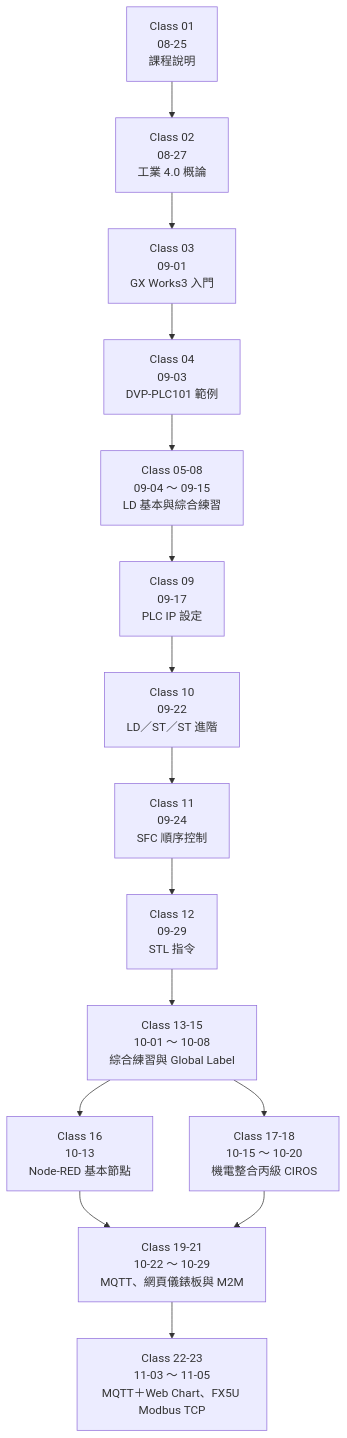
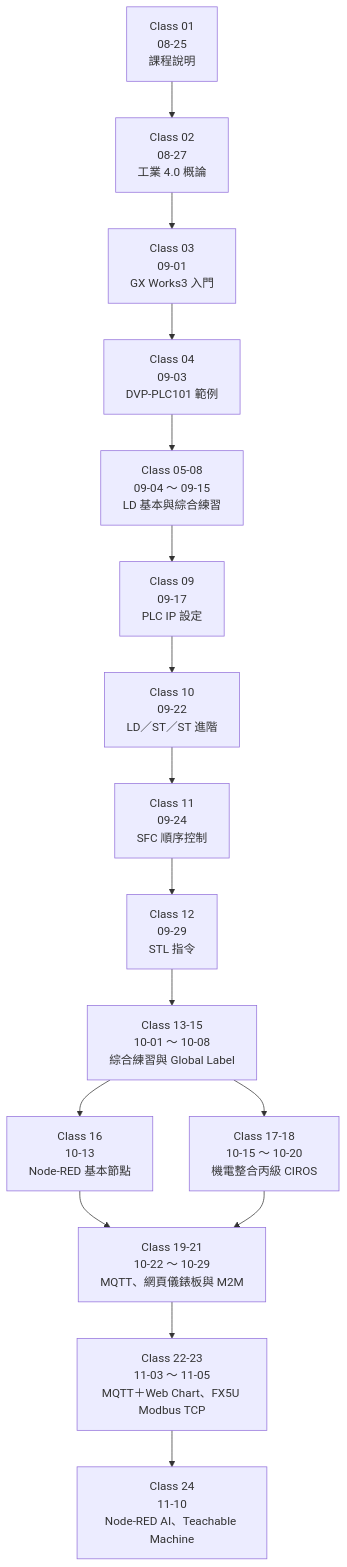
One commit to yd7148/INDUSTRY-4.0 changed the first of 3 diagrams in docs/COURSE-MAP.md. Above: the diagram before and after it, drawn with Mermaid. The commit also changed other lines of this file and 2 other files, not shown here.

First line of the commit message:
Update README, course map and timeline for Class-24

````diff
--- a/docs/COURSE-MAP.md
+++ b/docs/COURSE-MAP.md
@@ -10,17 +10,18 @@
 ```mermaid
 flowchart TD
     A["Class 01<br/>08-25<br/>課程說明"] --> B["Class 02<br/>08-27<br/>工業 4.0 概論"]
     B --> C["Class 03<br/>09-01<br/>GX Works3 入門"]
     C --> D["Class 04<br/>09-03<br/>DVP-PLC101 範例"]
     D --> E["Class 05-08<br/>09-04 ～ 09-15<br/>LD 基本與綜合練習"]
     E --> F["Class 09<br/>09-17<br/>PLC IP 設定"]
     F --> G["Class 10<br/>09-22<br/>LD／ST／ST 進階"]
     G --> H["Class 11<br/>09-24<br/>SFC 順序控制"]
     H --> I["Class 12<br/>09-29<br/>STL 指令"]
     I --> J["Class 13-15<br/>10-01 ～ 10-08<br/>綜合練習與 Global Label"]
     J --> K["Class 16<br/>10-13<br/>Node-RED 基本節點"]
     J --> L["Class 17-18<br/>10-15 ～ 10-20<br/>機電整合丙級 CIROS"]
     K --> M["Class 19-21<br/>10-22 ～ 10-29<br/>MQTT、網頁儀錶板與 M2M"]
     L --> M
     M --> N["Class 22-23<br/>11-03 ～ 11-05<br/>MQTT＋Web Chart、FX5U Modbus TCP"]
+    N --> O["Class 24<br/>11-10<br/>Node-RED AI、Teachable Machine"]
 ```
````
